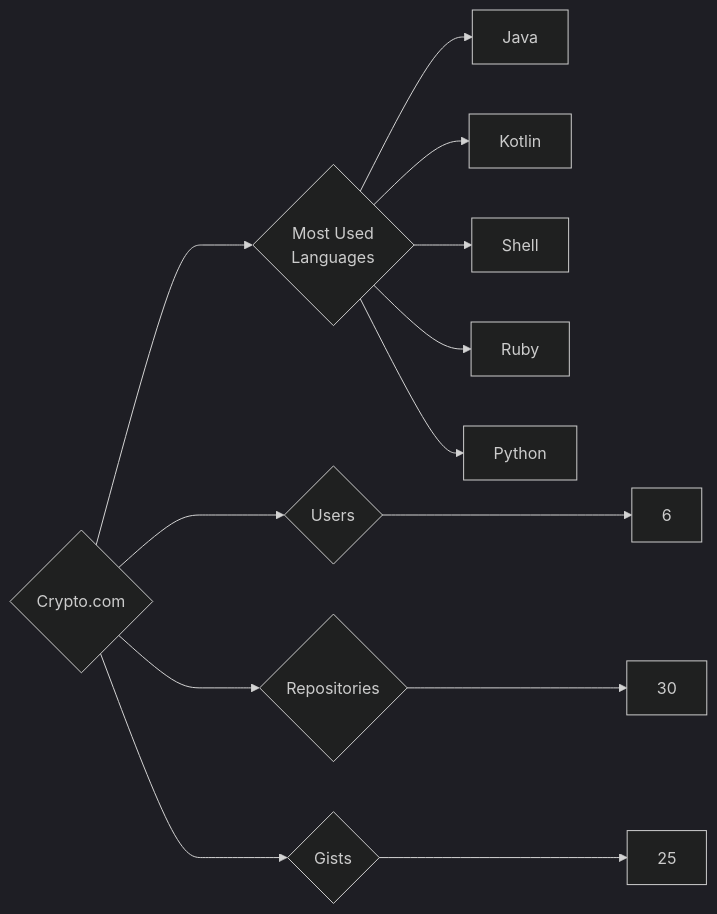
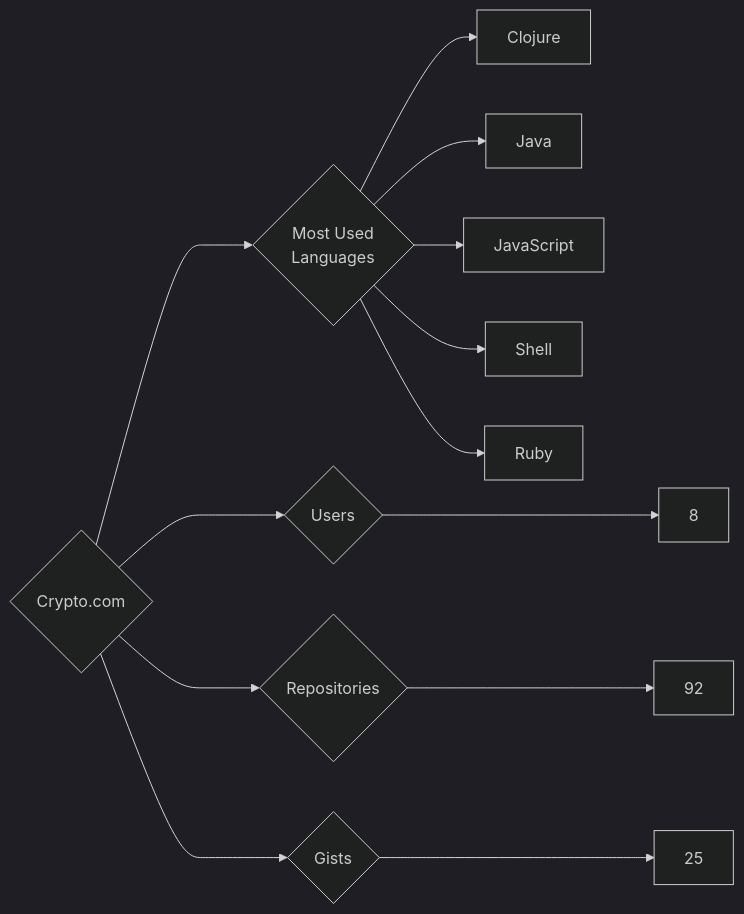
One commit to trickest/insiders changed the diagram in targets/Crypto.com/README.md. Above: the diagram before and after it, drawn with Mermaid (dark theme). The commit also changed 559 other files, not shown here.

````diff
--- a/targets/Crypto.com/README.md
+++ b/targets/Crypto.com/README.md
@@ -3,13 +3,13 @@
 ```mermaid
 graph LR
 COMPANY_NAME{Crypto.com}
-COMPANY_NAME ---> U{Users} ---> UN[6]
-COMPANY_NAME ---> R{Repositories} ---> RN[30]
+COMPANY_NAME ---> U{Users} ---> UN[8]
+COMPANY_NAME ---> R{Repositories} ---> RN[92]
 COMPANY_NAME ---> G{Gists} ---> GN[25]
 COMPANY_NAME ---> ML{Most Used<br>Languages}
+ML --> Clojure[Clojure]
 ML --> Java[Java]
-ML --> Kotlin[Kotlin]
+ML --> JavaScript[JavaScript]
 ML --> Shell[Shell]
 ML --> Ruby[Ruby]
-ML --> Python[Python]
 ```
````
